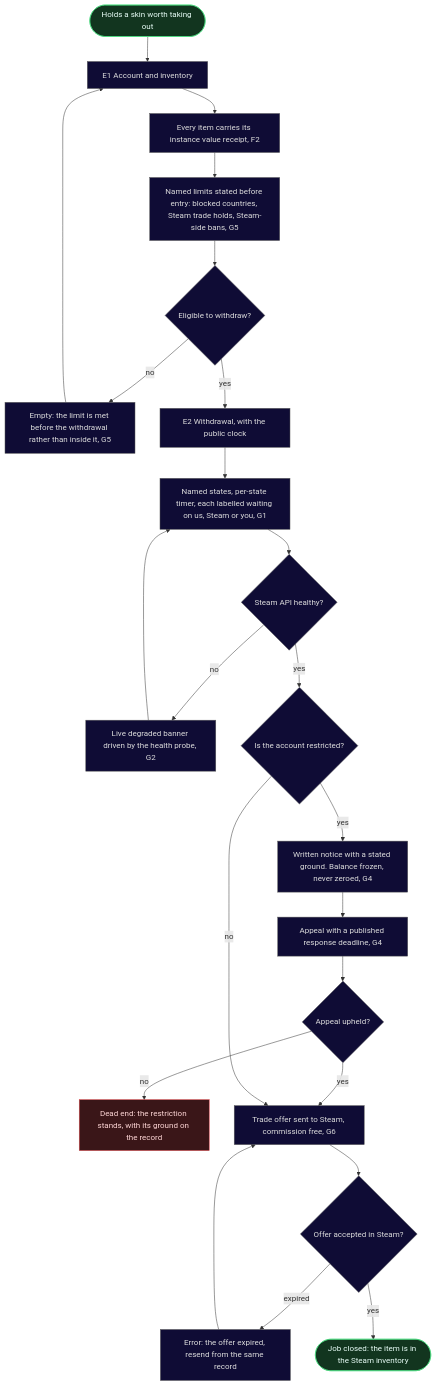
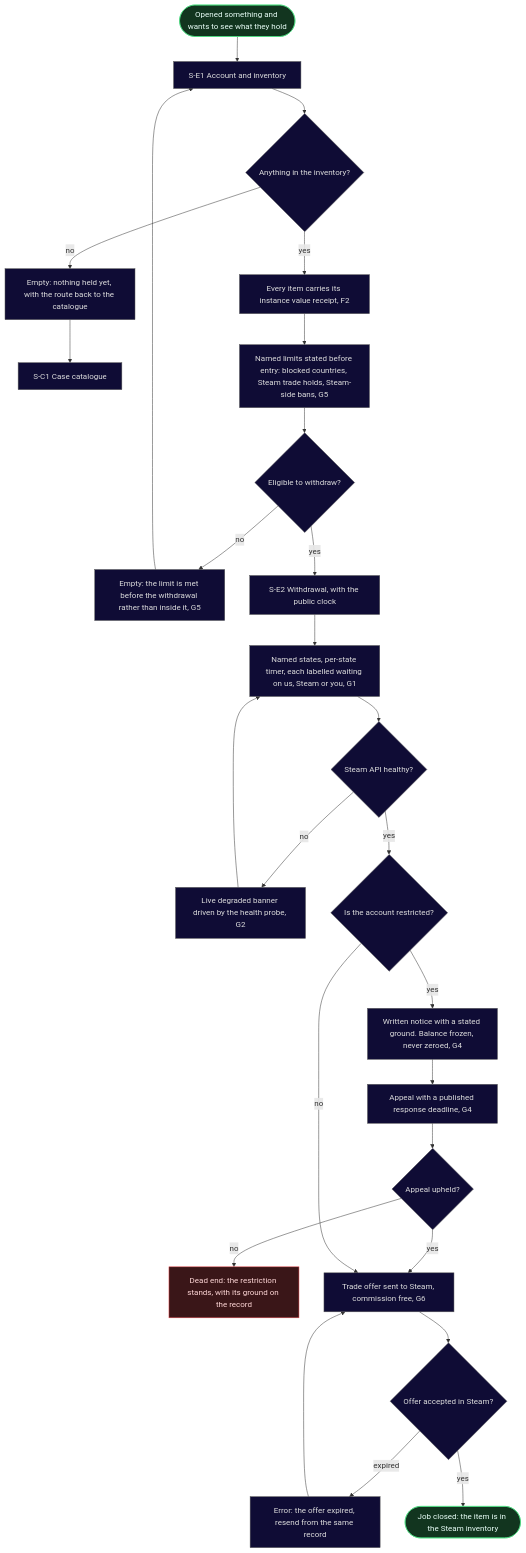
The fourth of 5 diagrams in ia/docs/flows.md (sergiodesign4u-dot/cs2-clutch), drawn with Mermaid before and after one commit. The commit also changed other lines of this file and 4 other files, not shown here.

````diff
--- a/ia/docs/flows.md
+++ b/ia/docs/flows.md
@@ -125,32 +170,35 @@
 ```mermaid
 flowchart TD
-    W0(["Holds a skin worth taking out"]) --> Inv["E1 Account and inventory"]
-    Inv --> Rec["Every item carries its instance value receipt, F2"]
+    W0(["Opened something and wants to see what they hold"]) --> Inv["S-E1 Account and inventory"]
+    Inv --> Has{"Anything in the inventory?"}
+    Has -->|no| Empty3["Empty: nothing held yet, with the route back to the catalogue"]
+    Empty3 --> Cat3["S-C1 Case catalogue"]
+    Has -->|yes| Rec["Every item carries its instance value receipt, F2"]
     Rec --> Limits["Named limits stated before entry: blocked countries, Steam trade holds, Steam-side bans, G5"]
     Limits --> Elig{"Eligible to withdraw?"}
     Elig -->|no| NotYet["Empty: the limit is met before the withdrawal rather than inside it, G5"]
     NotYet --> Inv
-    Elig -->|yes| Start2["E2 Withdrawal, with the public clock"]
+    Elig -->|yes| Start2["S-E2 Withdrawal, with the public clock"]
     Start2 --> Clock["Named states, per-state timer, each labelled waiting on us, Steam or you, G1"]
     Clock --> Health{"Steam API healthy?"}
     Health -->|no| Degraded["Live degraded banner driven by the health probe, G2"]
     Degraded --> Clock
     Health -->|yes| Review{"Is the account restricted?"}
     Review -->|yes| Notice["Written notice with a stated ground. Balance frozen, never zeroed, G4"]
     Notice --> Appeal["Appeal with a published response deadline, G4"]
     Appeal --> Resolved{"Appeal upheld?"}
     Resolved -->|no| Refused["Dead end: the restriction stands, with its ground on the record"]
     Resolved -->|yes| Send["Trade offer sent to Steam, commission free, G6"]
     Review -->|no| Send
     Send --> Accept{"Offer accepted in Steam?"}
     Accept -->|expired| Expired["Error: the offer expired, resend from the same record"]
     Expired --> Send
     Accept -->|yes| Done(["Job closed: the item is in the Steam inventory"])
 
     classDef success fill:#12351f,stroke:#4ade80,color:#eafff9;
     classDef dead fill:#3a1618,stroke:#e5484d,color:#ffd7d7;
     classDef neutral fill:#0f0c35,stroke:#5a5a5a,color:#dddddd;
     class W0,Done success;
     class Refused dead;
-    class Inv,Rec,Limits,Elig,NotYet,Start2,Clock,Health,Degraded,Review,Notice,Appeal,Resolved,Send,Accept,Expired neutral;
+    class Inv,Has,Empty3,Cat3,Rec,Limits,Elig,NotYet,Start2,Clock,Health,Degraded,Review,Notice,Appeal,Resolved,Send,Accept,Expired neutral;
 ```
````
